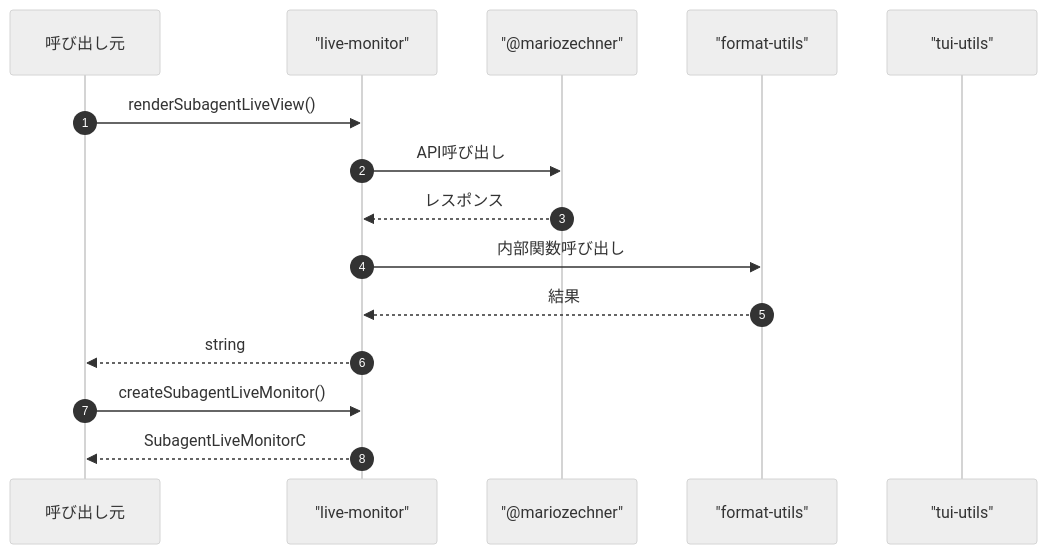
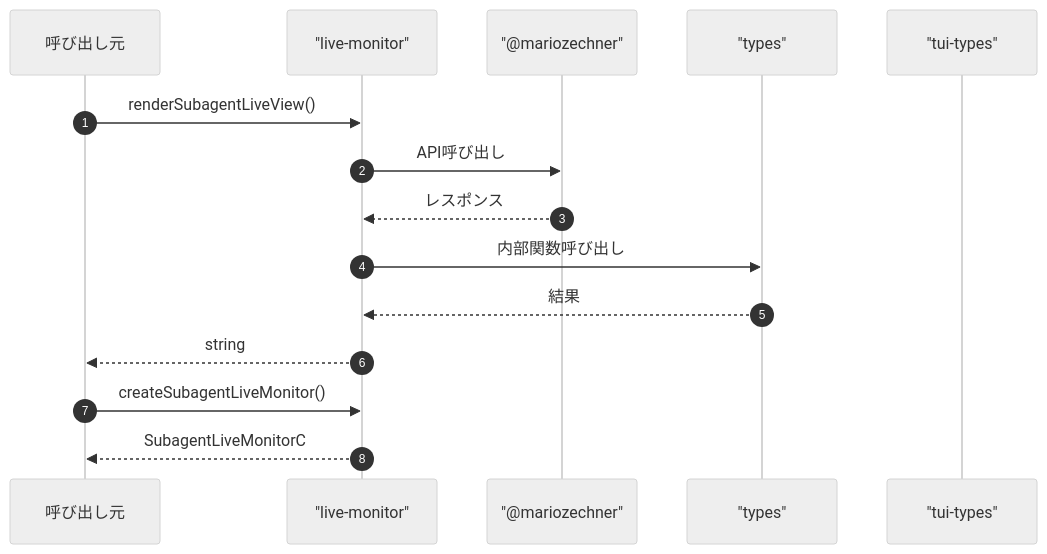
The fourth of 4 diagrams in ABDD/.pi/extensions/subagents/live-monitor.md (Mekann2904/mekann), drawn with Mermaid (neutral theme) before and after one commit. The commit also changed other lines of this file and 189 other files, not shown here.

````diff
--- a/ABDD/.pi/extensions/subagents/live-monitor.md
+++ b/ABDD/.pi/extensions/subagents/live-monitor.md
@@ -106,19 +110,19 @@
 ```mermaid
 sequenceDiagram
   autonumber
   participant Caller as 呼び出し元
   participant live_monitor as "live-monitor"
   participant mariozechner as "@mariozechner"
-  participant format_utils as "format-utils"
-  participant tui_utils as "tui-utils"
+  participant types as "types"
+  participant tui_types as "tui-types"
 
   Caller->>live_monitor: renderSubagentLiveView()
   live_monitor->>mariozechner: API呼び出し
   mariozechner-->>live_monitor: レスポンス
-  live_monitor->>format_utils: 内部関数呼び出し
-  format_utils-->>live_monitor: 結果
+  live_monitor->>types: 内部関数呼び出し
+  types-->>live_monitor: 結果
   live_monitor-->>Caller: string
 
   Caller->>live_monitor: createSubagentLiveMonitor()
   live_monitor-->>Caller: SubagentLiveMonitorC
 ```
````
